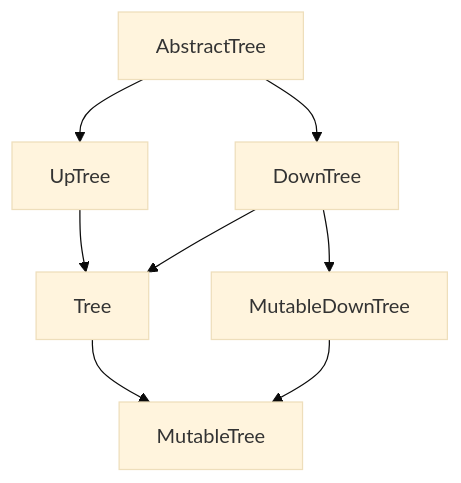
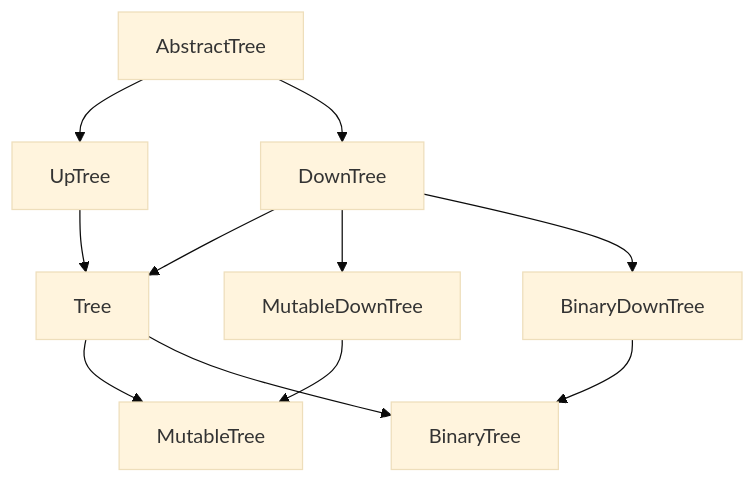
Before and after one commit to lverweijen/AbstractTree: the diagram in README.md, drawn with Mermaid (base theme). The commit also changed other lines of this file and 4 other files, not shown here.

First line of the commit message:
Add abstract binary tree classes (#1)

````diff
--- a/README.md
+++ b/README.md
@@ -13,19 +13,24 @@
 ```mermaid
 graph TD;
 AbstractTree[AbstractTree];
 UpTree[UpTree];
 Tree[Tree];
 MutableTree[MutableTree];
 DownTree[DownTree];
 Tree[Tree];
 MutableTree[MutableTree];
 MutableDownTree[MutableDownTree];
 MutableTree[MutableTree];
+BinaryDownTree[BinaryDownTree]
+BinaryTree[BinaryTree]
 AbstractTree-->UpTree;
 UpTree-->Tree;
 Tree-->MutableTree;
 AbstractTree-->DownTree;
 DownTree-->Tree;
 DownTree-->MutableDownTree;
 MutableDownTree-->MutableTree;
+DownTree-->BinaryDownTree
+BinaryDownTree-->BinaryTree
+Tree-->BinaryTree
 ```
````
